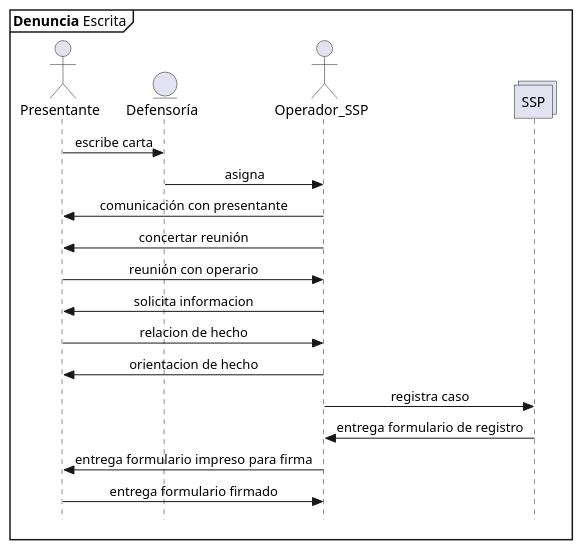
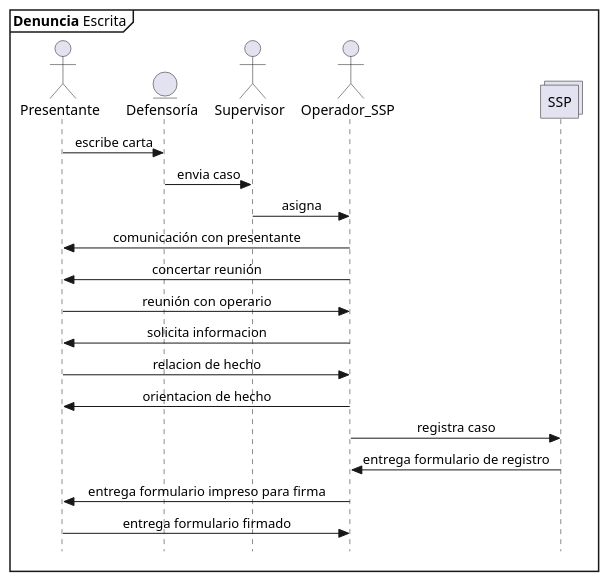
One commit to n1m0d0/defdiag changed the diagram in 04 denuncias por escrito.plantuml. Above: the diagram before and after it, drawn with PlantUML. The commit also changed 8 other files, not shown here.

Commit message:
ajustes a los diagramas y creacion de la propuesta en diagramas

```diff
--- a/04 denuncias por escrito.plantuml
+++ b/04 denuncias por escrito.plantuml
@@ -1,28 +1,29 @@
 @startuml Denuncia_Escrita
 skinparam Style strictuml
 skinparam SequenceMessageAlignment center
 
 mainframe **Denuncia** Escrita
 
 actor Presentante as pre
 entity Defensoría as def
+actor Supervisor as sup
 actor Operador_SSP as opssp
 collections SSP 
 
-
 pre -> def: escribe carta
-def->opssp: asigna
+def->sup: envia caso
+sup->opssp: asigna
 opssp->pre:comunicación con presentante
 opssp->pre:concertar reunión
 pre->opssp:reunión con operario
 opssp -> pre : solicita informacion
 pre->opssp:relacion de hecho
 opssp->pre:orientacion de hecho
 opssp->SSP:registra caso
 SSP->opssp: entrega formulario de registro
 opssp->pre:entrega formulario impreso para firma
 pre->opssp:entrega formulario firmado
 
 
 
 @enduml
```
